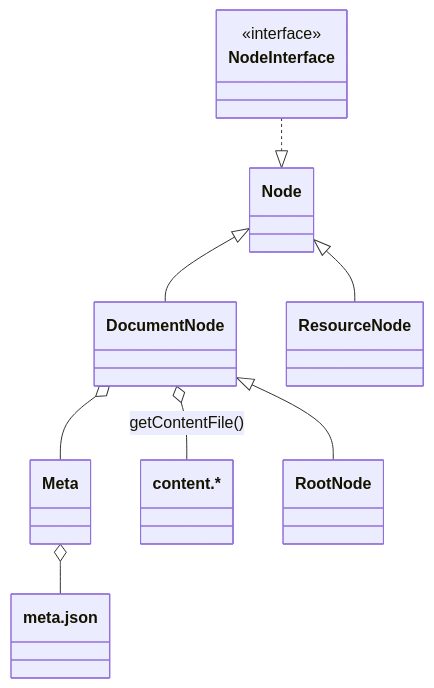
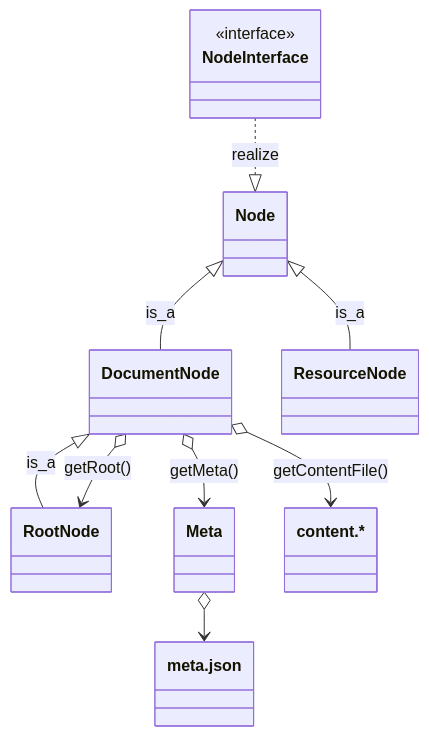
The first of 3 diagrams in libraries/README.md (volta-framework/books), drawn with Mermaid before and after one commit. The commit also changed other lines of this file and 4 other files, not shown here.

````diff
--- a/libraries/README.md
+++ b/libraries/README.md
@@ -8,19 +8,24 @@
 ```mermaid
 classDiagram
-    class NodeInterface{
-        <<interface>>
-    }
+    %% Classes, interfaces and traits
+    class NodeInterface { <<interface>> }
+    class Node
+    class DocumentNode
+    class ResourceNode
+    class RootNode
     class Meta
     class MetaFile["meta.json"]
-    class Content["content.*"]
+    class ContentFile["content.*"]
     
-    NodeInterface ..|> Node  
-    Node <|-- DocumentNode
-    DocumentNode <|-- RootNode 
-    
-    DocumentNode o-- Content : getContentFile()   
-    DocumentNode o-- Meta
-    Meta o-- MetaFile
-    Node <|-- ResourceNode
-     
+    %% Generalizations
+    NodeInterface ..|> Node  : realize
+    Node <|-- DocumentNode : is_a
+    Node <|-- ResourceNode : is_a
+    DocumentNode <|-- RootNode : is_a
+
+    %% Associations and Aggregations
+    DocumentNode o--> ContentFile : getContentFile()   
+    DocumentNode o--> Meta : getMeta()
+    DocumentNode o--> RootNode : getRoot()
+    Meta o--> MetaFile         
 ```
````
